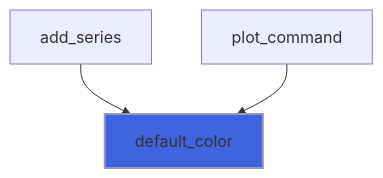
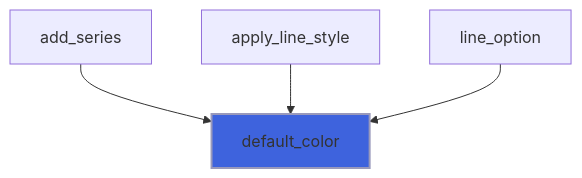
Before and after one commit to szaghi/foresight: the second of 9 diagrams in docs/api/src/lib/foresight_style.md, drawn with Mermaid. The commit also changed 42 other files, not shown here.

````diff
--- a/docs/api/src/lib/foresight_style.md
+++ b/docs/api/src/lib/foresight_style.md
@@ -92,6 +92,7 @@
 ```mermaid
 flowchart TD
   add_series["add_series"] --> default_color["default_color"]
-  plot_command["plot_command"] --> default_color["default_color"]
+  apply_line_style["apply_line_style"] --> default_color["default_color"]
+  line_option["line_option"] --> default_color["default_color"]
   style default_color fill:#3e63dd,stroke:#99b,stroke-width:2px
 ```
````
